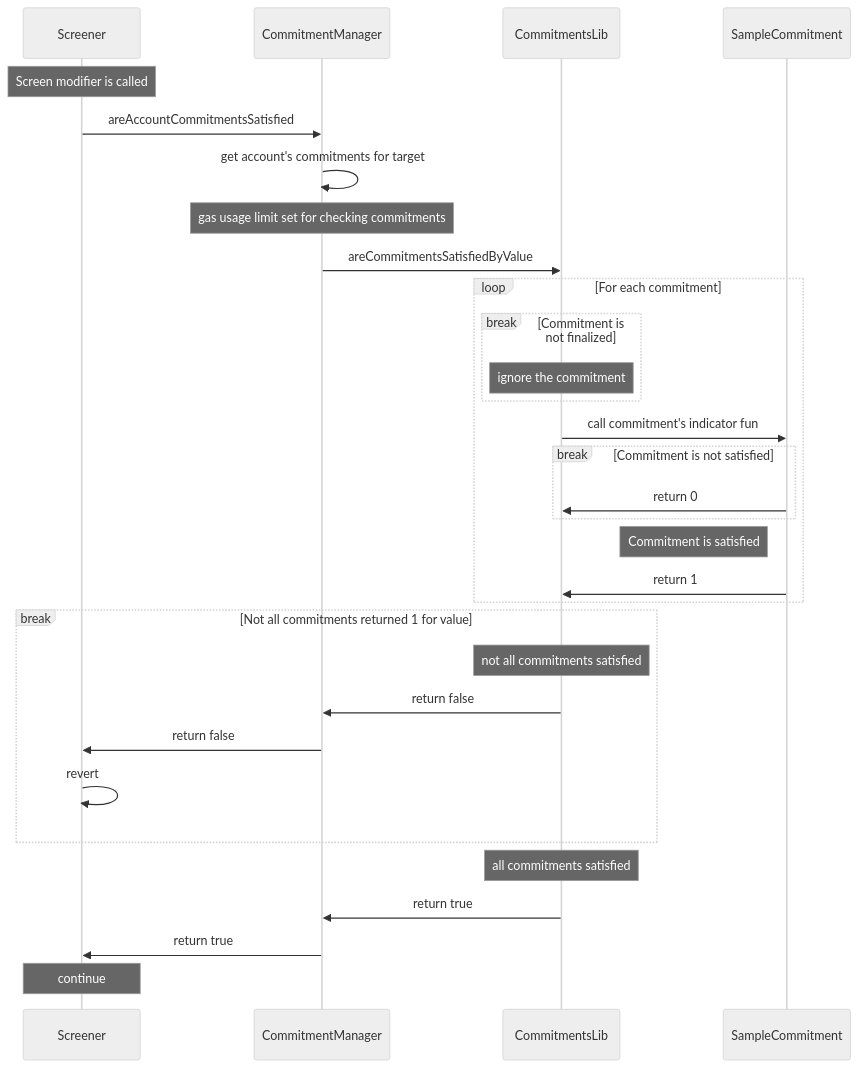
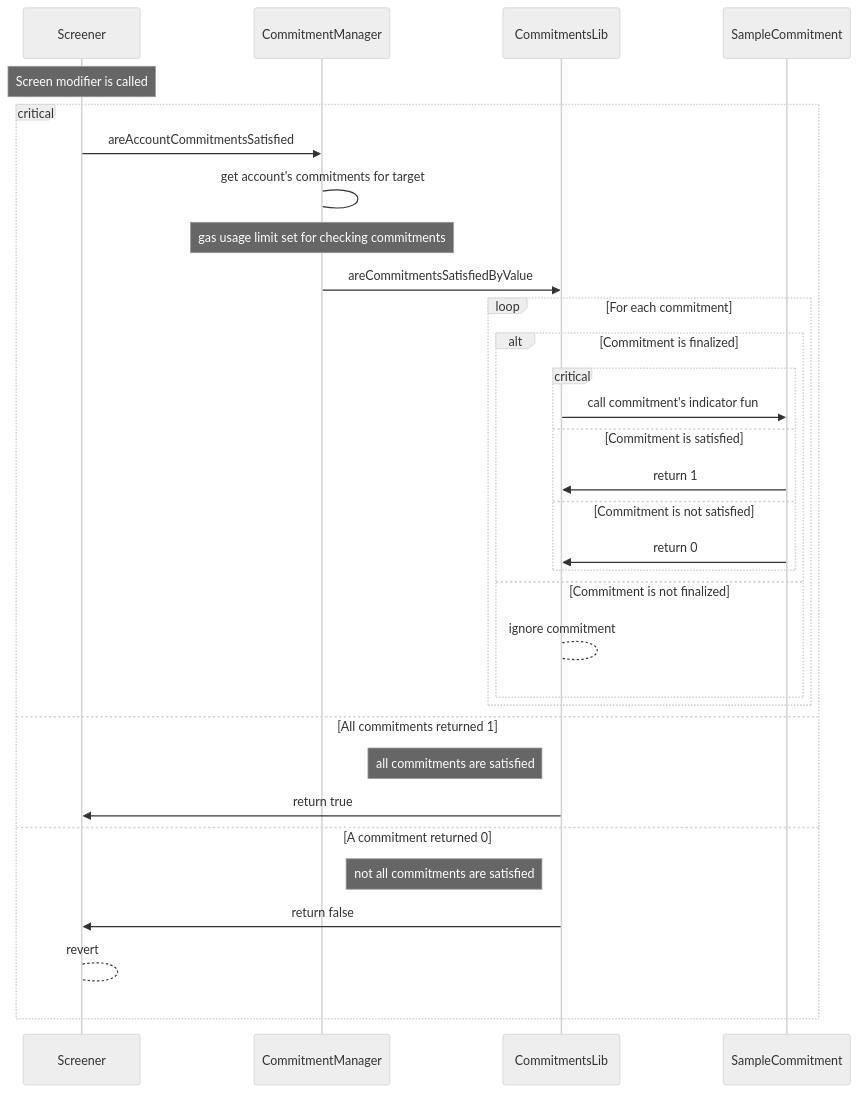
Before and after one commit to 0xfuturistic/emily: the diagram in README.md, drawn with Mermaid (neutral theme).

Commit message:
improve diagram

````diff
--- a/README.md
+++ b/README.md
@@ -52,38 +52,36 @@
 ```mermaid
 sequenceDiagram
 		participant Screener
 		participant CommitmentManager
 		participant CommitmentsLib
 		participant SampleCommitment
 
 		note over Screener: Screen modifier is called
+		critical
 		Screener->>CommitmentManager: areAccountCommitmentsSatisfied
-		CommitmentManager->>CommitmentManager: get account's commitments for target
+		CommitmentManager->CommitmentManager: get account's commitments for target
 		note over CommitmentManager: gas usage limit set for checking commitments
 		CommitmentManager->>CommitmentsLib: areCommitmentsSatisfiedByValue
 
 		loop For each commitment
-				break Commitment is not finalized
-						note over CommitmentsLib: ignore the commitment
+				alt Commitment is finalized
+						critical
+								CommitmentsLib->>SampleCommitment: call commitment's indicator fun
+						option Commitment is satisfied
+								SampleCommitment->>CommitmentsLib: return 1
+						option Commitment is not satisfied
+								SampleCommitment->>CommitmentsLib: return 0
+						end
+				else Commitment is not finalized
+						CommitmentsLib-->CommitmentsLib: ignore commitment
 				end
-
-				CommitmentsLib->>SampleCommitment: call commitment's indicator fun
-
-				break Commitment is not satisfied
-						SampleCommitment->>CommitmentsLib: return 0
-				end
-				note left of SampleCommitment: Commitment is satisfied
-				SampleCommitment->>CommitmentsLib: return 1
 		end
-
-		break Not all commitments returned 1 for value
-				note over CommitmentsLib: not all commitments satisfied
-				CommitmentsLib->>CommitmentManager: return false
-				CommitmentManager->>Screener: return false
-				Screener->>Screener: revert
+		option All commitments returned 1
+				note left of CommitmentsLib: all commitments are satisfied
+				CommitmentsLib->>Screener: return true
+		option A commitment returned 0
+				note left of CommitmentsLib: not all commitments are satisfied
+				CommitmentsLib->>Screener: return false
+				Screener-->Screener: revert
 		end
-		note over CommitmentsLib: all commitments satisfied
-		CommitmentsLib->>CommitmentManager: return true
-		CommitmentManager->>Screener: return true
-		note over Screener: continue
 ```
````
